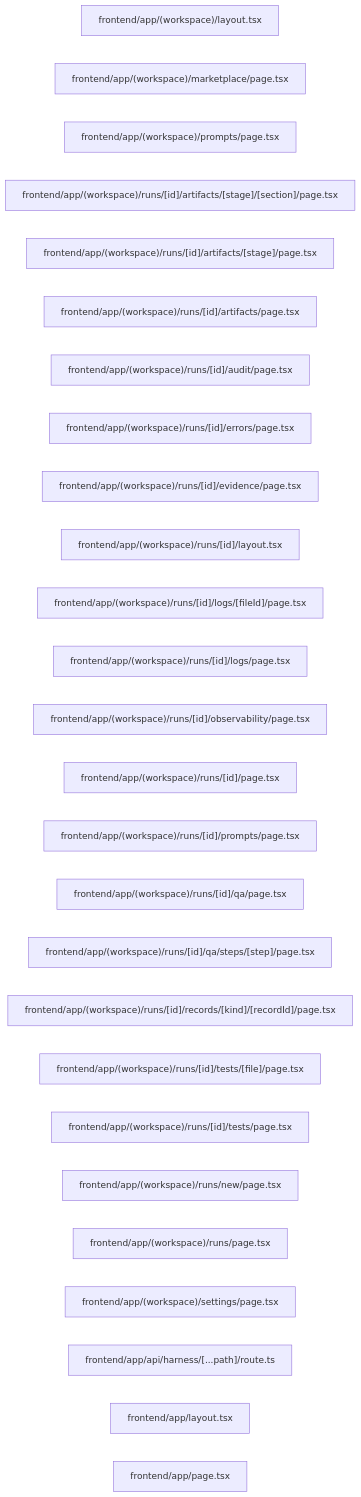
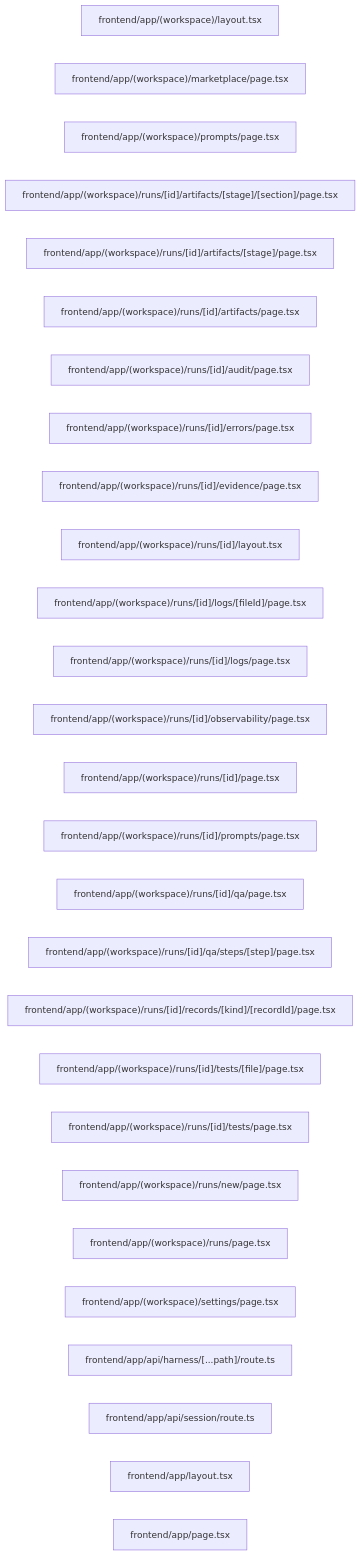
Before and after one commit to sarveshtalele/maf-harness-testing: the seventh of 21 diagrams in docs/ARCHITECTURE_MAP.md, drawn with Mermaid. The commit also changed other lines of this file, not shown here.

Commit message:
docs: regenerate architecture map for the session and proxy files

````diff
--- a/docs/ARCHITECTURE_MAP.md
+++ b/docs/ARCHITECTURE_MAP.md
@@ -285,29 +286,30 @@
 ```mermaid
 flowchart LR
   f0["frontend/app/(workspace)/layout.tsx"]
   f1["frontend/app/(workspace)/marketplace/page.tsx"]
   f2["frontend/app/(workspace)/prompts/page.tsx"]
   f3["frontend/app/(workspace)/runs/[id]/artifacts/[stage]/[section]/page.tsx"]
   f4["frontend/app/(workspace)/runs/[id]/artifacts/[stage]/page.tsx"]
   f5["frontend/app/(workspace)/runs/[id]/artifacts/page.tsx"]
   f6["frontend/app/(workspace)/runs/[id]/audit/page.tsx"]
   f7["frontend/app/(workspace)/runs/[id]/errors/page.tsx"]
   f8["frontend/app/(workspace)/runs/[id]/evidence/page.tsx"]
   f9["frontend/app/(workspace)/runs/[id]/layout.tsx"]
   f10["frontend/app/(workspace)/runs/[id]/logs/[fileId]/page.tsx"]
   f11["frontend/app/(workspace)/runs/[id]/logs/page.tsx"]
   f12["frontend/app/(workspace)/runs/[id]/observability/page.tsx"]
   f13["frontend/app/(workspace)/runs/[id]/page.tsx"]
   f14["frontend/app/(workspace)/runs/[id]/prompts/page.tsx"]
   f15["frontend/app/(workspace)/runs/[id]/qa/page.tsx"]
   f16["frontend/app/(workspace)/runs/[id]/qa/steps/[step]/page.tsx"]
   f17["frontend/app/(workspace)/runs/[id]/records/[kind]/[recordId]/page.tsx"]
   f18["frontend/app/(workspace)/runs/[id]/tests/[file]/page.tsx"]
   f19["frontend/app/(workspace)/runs/[id]/tests/page.tsx"]
   f20["frontend/app/(workspace)/runs/new/page.tsx"]
   f21["frontend/app/(workspace)/runs/page.tsx"]
   f22["frontend/app/(workspace)/settings/page.tsx"]
   f23["frontend/app/api/harness/[...path]/route.ts"]
-  f24["frontend/app/layout.tsx"]
-  f25["frontend/app/page.tsx"]
+  f24["frontend/app/api/session/route.ts"]
+  f25["frontend/app/layout.tsx"]
+  f26["frontend/app/page.tsx"]
 ```
````
